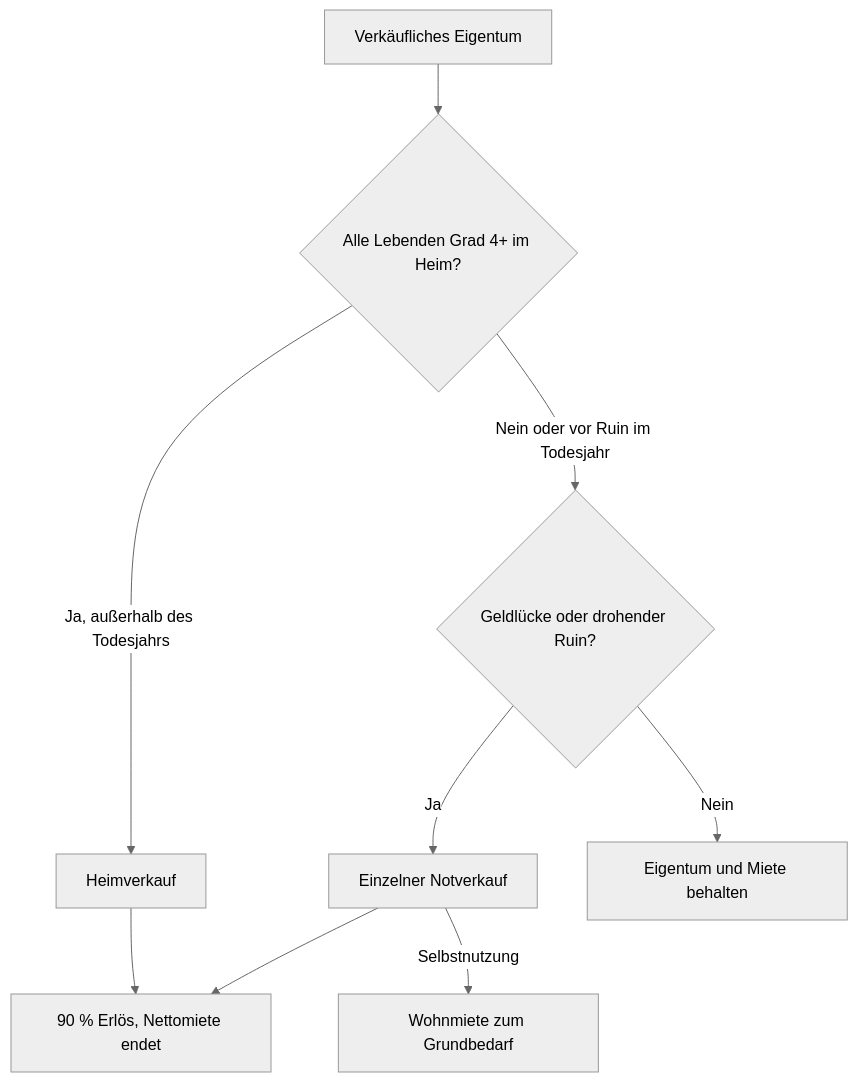
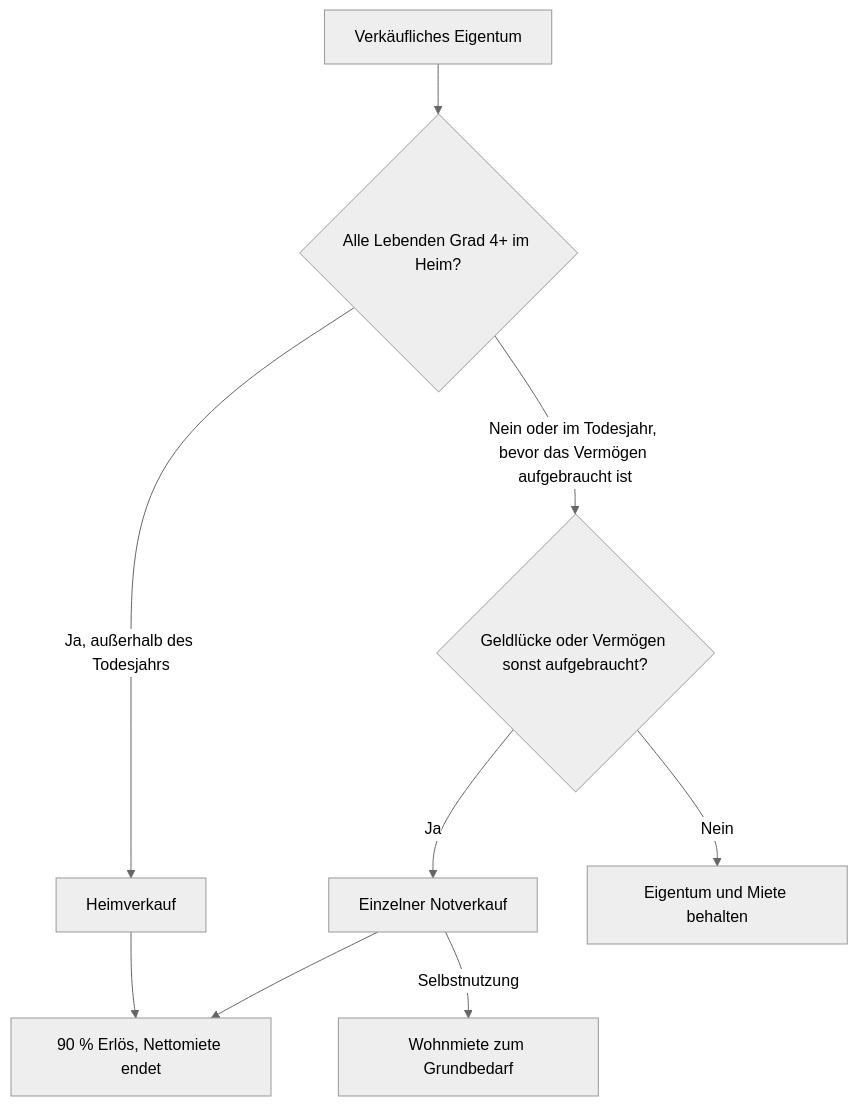
One commit to dieteresser62-lab/Vermoegen-und-Ruhestand changed the diagram in docs/reference/IMMOBILIEN.md. Above: the diagram before and after it, drawn with Mermaid (neutral theme). The commit also changed other lines of this file and 1387 other files, not shown here.

````diff
--- a/docs/reference/IMMOBILIEN.md
+++ b/docs/reference/IMMOBILIEN.md
@@ -56,12 +74,12 @@
 ```mermaid
 flowchart TD
     %% docs:diagram {"src":"images/immobilien-verkauf.svg","title":"Heimverkauf und Notverkauf","alt":"Verkäufliches Eigentum wird regulär verkauft, wenn alle Lebenden ab Pflegegrad 4 im Heim sind. Sonst kann eine Geldlücke einen einzelnen Notverkauf auslösen. Beide liefern 90 Prozent Erlös; nur Notverkauf bei Selbstnutzung ergänzt Wohnmiete.","legend":"Pfeile zeigen Bedingungen und Geldfolgen."}
     A["Verkäufliches Eigentum"] --> B{"Alle Lebenden Grad 4+ im Heim?"}
     B -->|"Ja, außerhalb des Todesjahrs"| C["Heimverkauf"]
-    B -->|"Nein oder vor Ruin im Todesjahr"| D{"Geldlücke oder drohender Ruin?"}
+    B -->|"Nein oder im Todesjahr, bevor das Vermögen aufgebraucht ist"| D{"Geldlücke oder Vermögen sonst aufgebraucht?"}
     D -->|"Ja"| E["Einzelner Notverkauf"]
     D -->|"Nein"| F["Eigentum und Miete behalten"]
     C --> G["90 % Erlös, Nettomiete endet"]
     E --> G
     E -->|"Selbstnutzung"| H["Wohnmiete zum Grundbedarf"]
 ```
````
